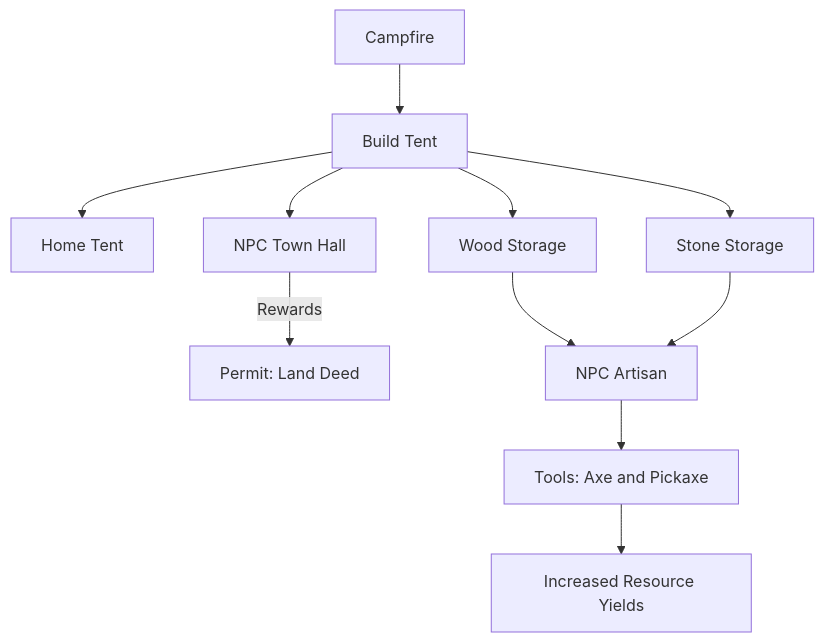
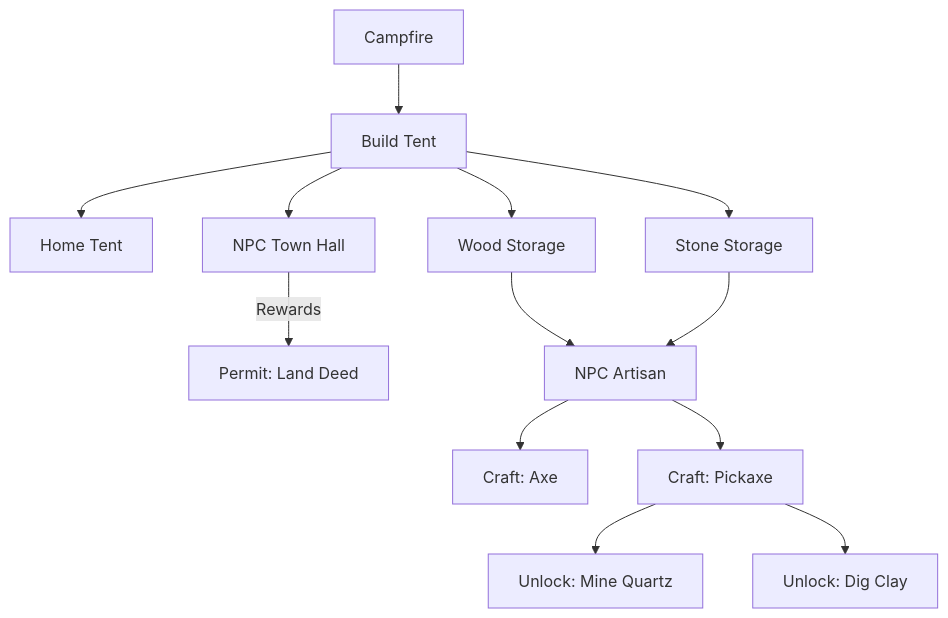
One commit to Lassandriel/My-earned-Wings changed the second of 3 diagrams in docs/PROGRESSION.md. Above: the diagram before and after it, drawn with Mermaid. The commit also changed other lines of this file and 85 other files, not shown here.

````diff
--- a/docs/PROGRESSION.md
+++ b/docs/PROGRESSION.md
@@ -29,17 +29,19 @@
 ```mermaid
 graph TD
     Campfire --> Tent[Build Tent]
     Tent --> HomeTent[Home Tent]
-    
+
     Tent --> TownHall[NPC Town Hall]
     TownHall -- Rewards --> Deed[Permit: Land Deed]
-    
+
     Tent --> WoodStorage[Wood Storage]
     Tent --> StoneStorage[Stone Storage]
-    
-    WoodStorage --> Artisan[NPC Artisan]
-    StoneStorage --> Artisan
-    
-    Artisan --> Tools[Tools: Axe and Pickaxe]
-    Tools --> Yields[Increased Resource Yields]
+
+    WoodStorage & StoneStorage --> Artisan[NPC Artisan]
+
+    Artisan --> Axe[Craft: Axe]
+    Artisan --> Pickaxe[Craft: Pickaxe]
+
+    Pickaxe --> MineQuartz[Unlock: Mine Quartz]
+    Pickaxe --> DigClay[Unlock: Dig Clay]
 ```
````
